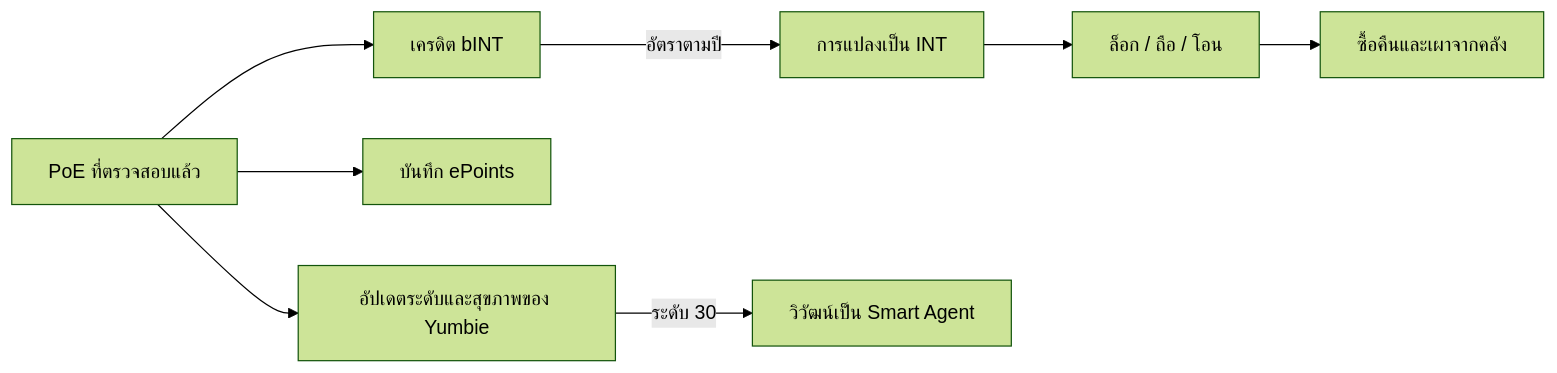
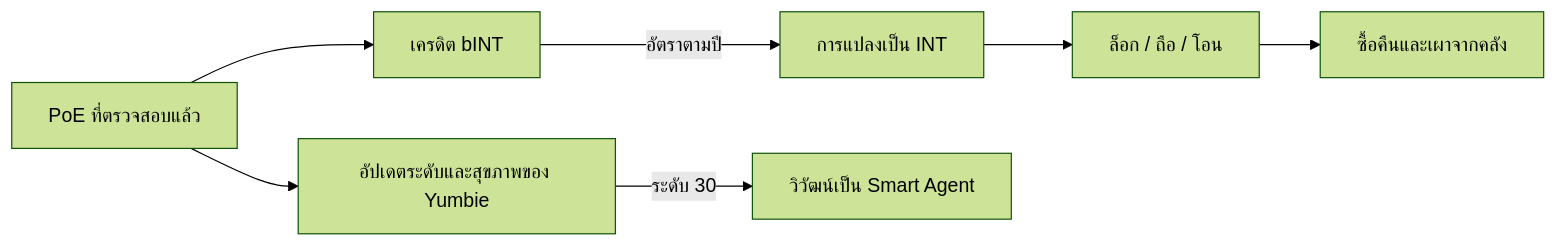
Before and after one commit to Yumo-Yumo-Inc/yumoyumohq: the third of 3 diagrams in content/whitepaper/th/contribution-economy-and-token-design.md, drawn with Mermaid (forest theme). The commit also changed other lines of this file and 1048 other files, not shown here.

````diff
--- a/content/whitepaper/th/contribution-economy-and-token-design.md
+++ b/content/whitepaper/th/contribution-economy-and-token-design.md
@@ -102,10 +99,9 @@
 ```mermaid
 flowchart LR
     A[PoE ที่ตรวจสอบแล้ว] --> B[เครดิต bINT]
-    A --> C[บันทึก ePoints]
-    A --> D[อัปเดตระดับและสุขภาพของ Yumbie]
-    B -->|อัตราตามปี| E[การแปลงเป็น INT]
-    E --> F[ล็อก / ถือ / โอน]
-    D -->|ระดับ 30| G[วิวัฒน์เป็น Smart Agent]
-    F --> H[ซื้อคืนและเผาจากคลัง]
+    A --> C[อัปเดตระดับและสุขภาพของ Yumbie]
+    B -->|อัตราตามปี| D[การแปลงเป็น INT]
+    D --> E[ล็อก / ถือ / โอน]
+    C -->|ระดับ 30| F[วิวัฒน์เป็น Smart Agent]
+    E --> G[ซื้อคืนและเผาจากคลัง]
 ```
````
